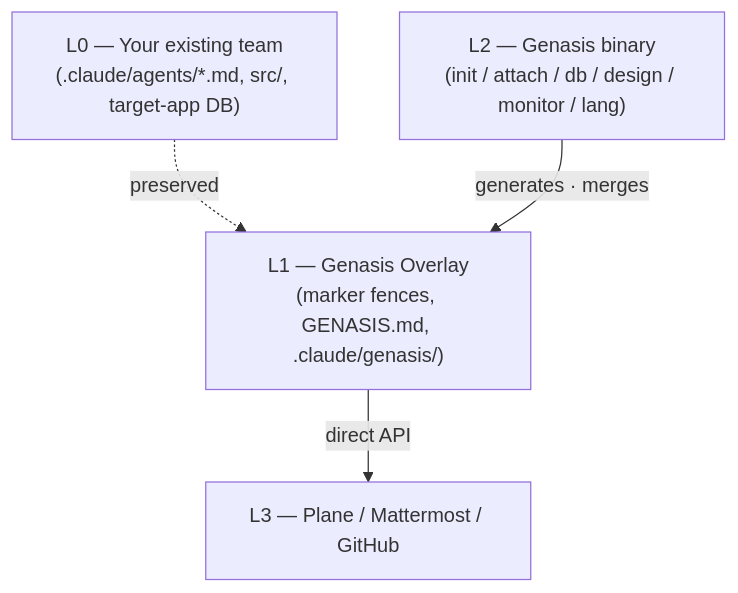
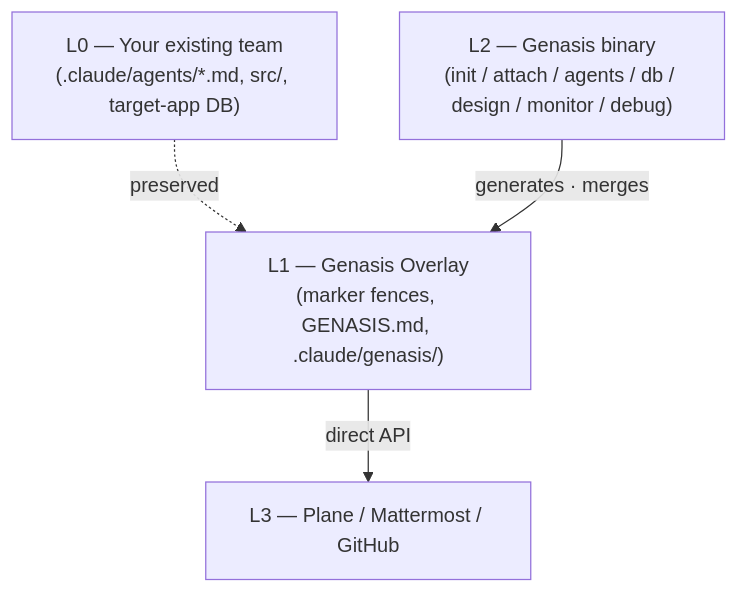
One commit to claude-genasis/genasis changed the third of 3 diagrams in README.md. Above: the diagram before and after it, drawn with Mermaid. The commit also changed other lines of this file and 1 other file, not shown here.

First line of the commit message:
docs(readme): align with Core Philosophy + Phase E agents marketplace

````diff
--- a/README.md
+++ b/README.md
@@ -108,10 +206,10 @@
 ```mermaid
 flowchart TB
   L0["L0 — Your existing team<br/>(.claude/agents/*.md, src/, target-app DB)"]
   L1["L1 — Genasis Overlay<br/>(marker fences, GENASIS.md, .claude/genasis/)"]
-  L2["L2 — Genasis binary<br/>(init / attach / db / design / monitor / lang)"]
+  L2["L2 — Genasis binary<br/>(init / attach / agents / db / design / monitor / debug)"]
   L3["L3 — Plane / Mattermost / GitHub"]
   L0 -. preserved .-> L1
   L2 -- generates · merges --> L1
   L1 -- direct API --> L3
 ```
````
